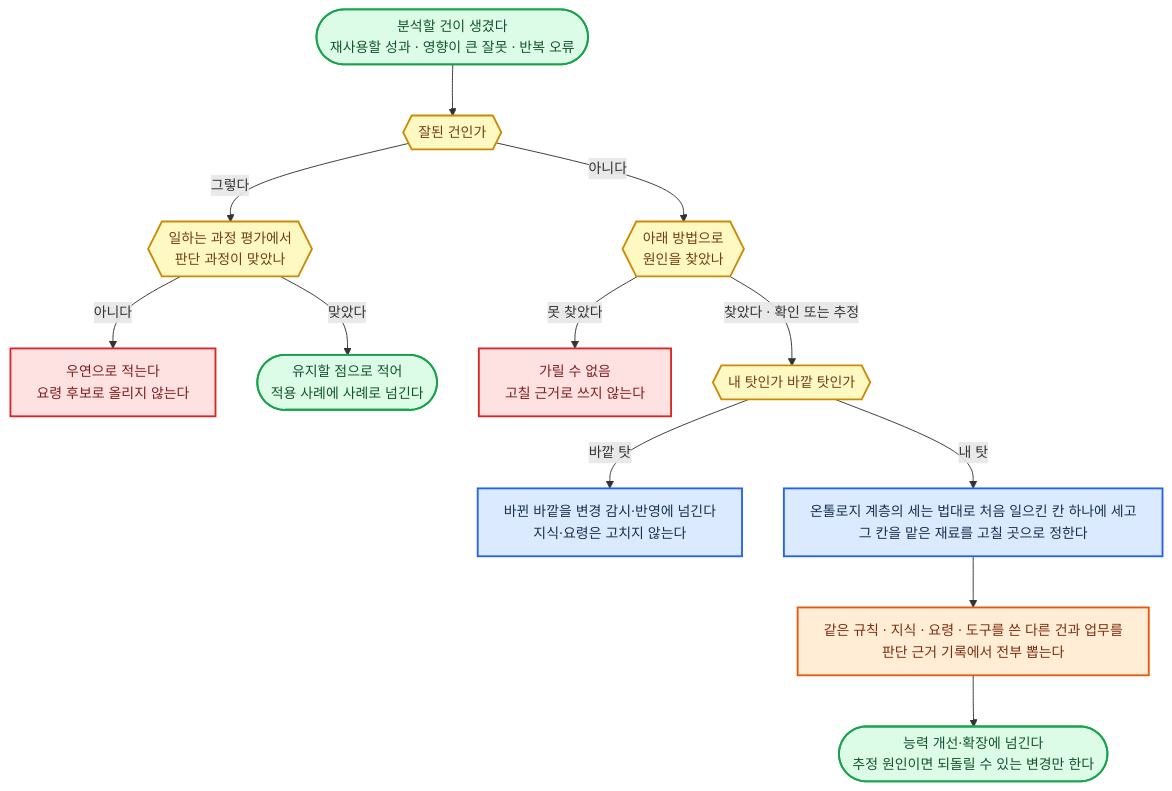
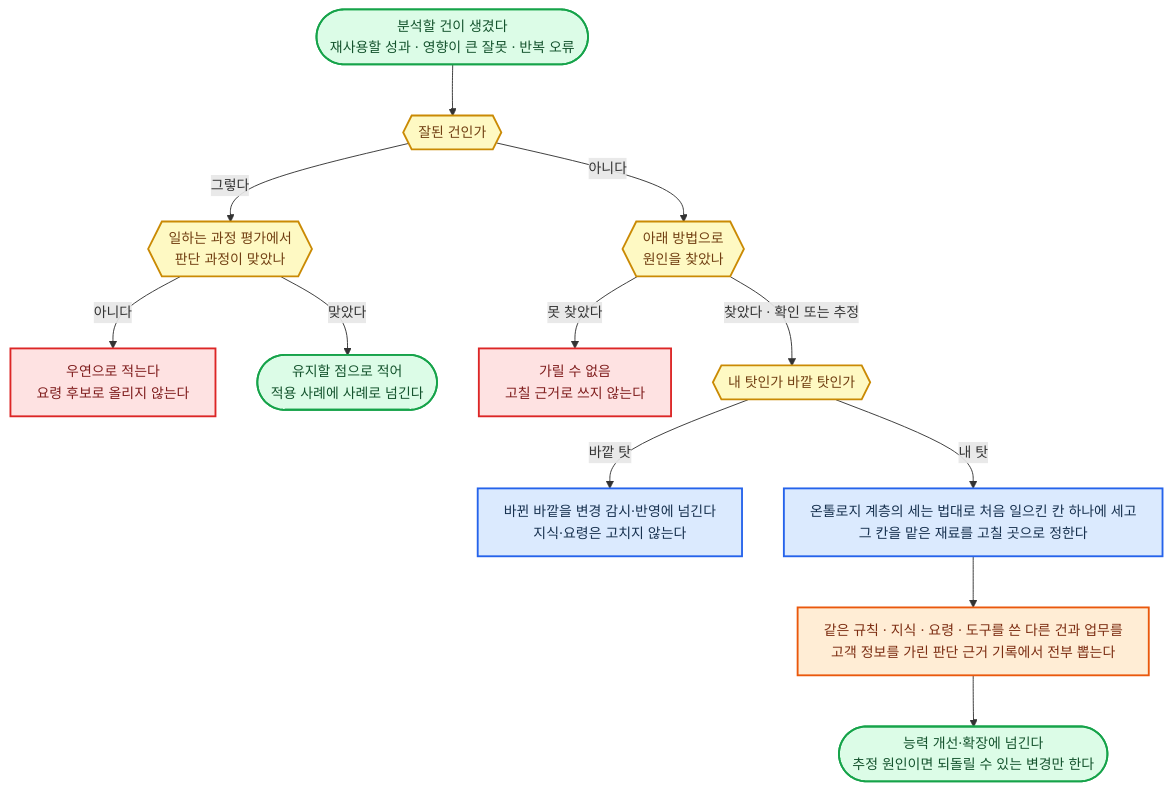
Diagram 26 of 27 in 전문가 에이전트 정의 2.md (harisbaguette/expert), drawn with Mermaid before and after one commit. The commit also changed other lines of this file, not shown here.

````diff
--- a/전문가 에이전트 정의 2.md
+++ b/전문가 에이전트 정의 2.md
@@ -2925,20 +2933,20 @@
 ```mermaid
 %%{init: {"flowchart": {"wrappingWidth": 640, "curve": "basis", "nodeSpacing": 45, "rankSpacing": 55, "padding": 14, "useMaxWidth": true}, "themeVariables": {"fontSize": "15px"}} }%%
 flowchart TB
     classDef main fill:#dbeafe,stroke:#2563eb,stroke-width:2px,color:#17314f
     classDef stop fill:#fee2e2,stroke:#dc2626,stroke-width:2px,color:#7f1d1d
     classDef back fill:#ffedd5,stroke:#ea580c,stroke-width:2px,color:#7c2d12
     classDef good fill:#dcfce7,stroke:#16a34a,stroke-width:2px,color:#14532d
     classDef note fill:#fef9c3,stroke:#ca8a04,stroke-width:2px,color:#713f12
     S(["분석할 건이 생겼다<br/>재사용할 성과 · 영향이 큰 잘못 · 반복 오류"]):::good --> GOOD{{"잘된 건인가"}}:::note
     GOOD -- "그렇다" --> PROC{{"일하는 과정 평가에서<br/>판단 과정이 맞았나"}}:::note
     PROC -- "아니다" --> LUCK["우연으로 적는다<br/>요령 후보로 올리지 않는다"]:::stop
     PROC -- "맞았다" --> KEEP(["유지할 점으로 적어<br/>적용 사례에 사례로 넘긴다"]):::good
     GOOD -- "아니다" --> EV{{"아래 방법으로<br/>원인을 찾았나"}}:::note
     EV -- "못 찾았다" --> NA["가릴 수 없음<br/>고칠 근거로 쓰지 않는다"]:::stop
     EV -- "찾았다 · 확인 또는 추정" --> WHO{{"내 탓인가 바깥 탓인가"}}:::note
     WHO -- "바깥 탓" --> OUT["바뀐 바깥을 변경 감시·반영에 넘긴다<br/>지식·요령은 고치지 않는다"]:::main
     WHO -- "내 탓" --> CELL["온톨로지 계층의 세는 법대로 처음 일으킨 칸 하나에 세고<br/>그 칸을 맡은 재료를 고칠 곳으로 정한다"]:::main
-    CELL --> ROOT["같은 규칙 · 지식 · 요령 · 도구를 쓴 다른 건과 업무를<br/>판단 근거 기록에서 전부 뽑는다"]:::back
+    CELL --> ROOT["같은 규칙 · 지식 · 요령 · 도구를 쓴 다른 건과 업무를<br/>고객 정보를 가린 판단 근거 기록에서 전부 뽑는다"]:::back
     ROOT --> HAND(["능력 개선·확장에 넘긴다<br/>추정 원인이면 되돌릴 수 있는 변경만 한다"]):::good
 ```
````
